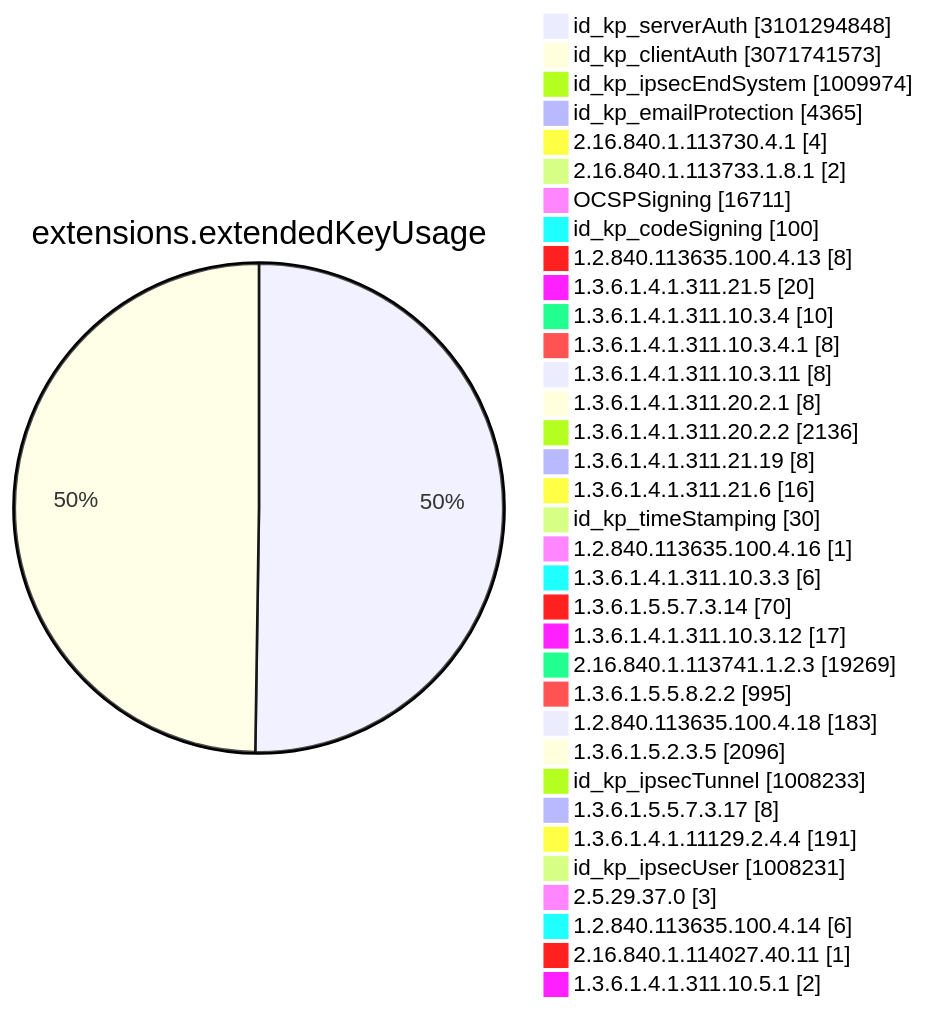
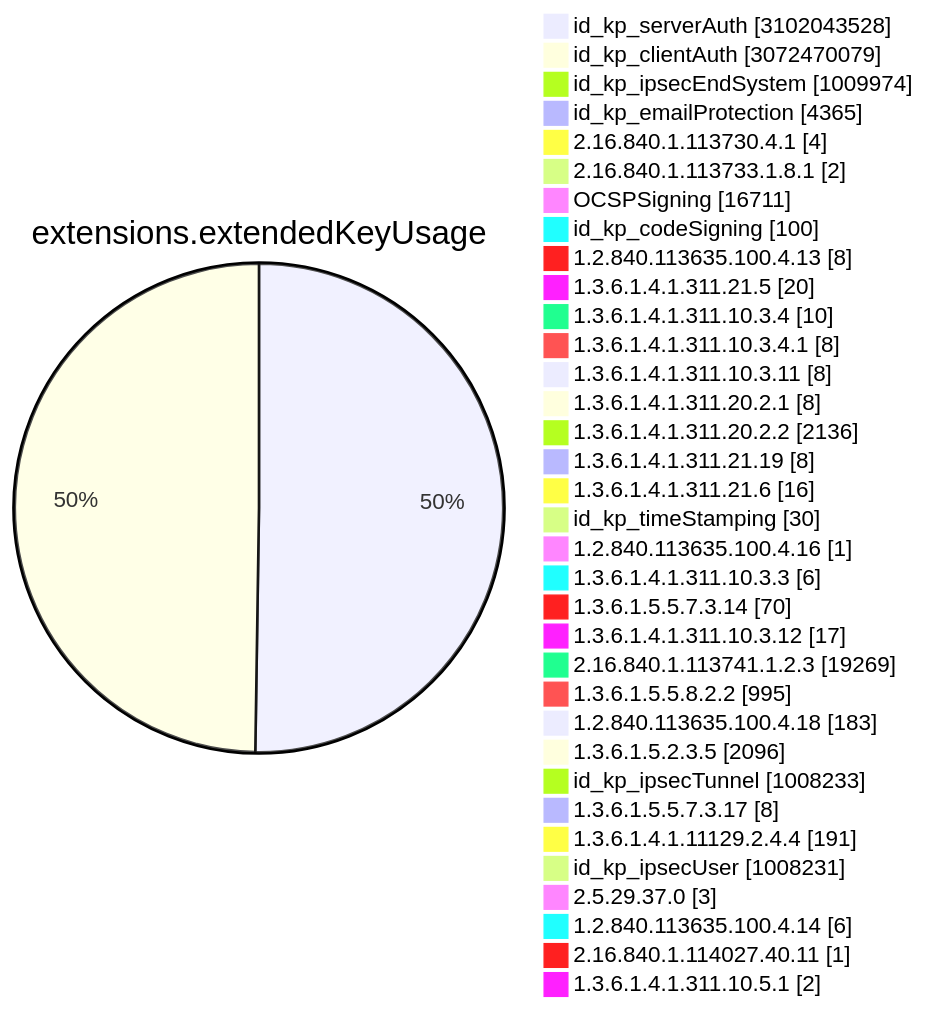
One commit to christiankrug/ctmonitor_visualization changed diagram 11 of 15 in TOTAL/README.md. Above: the diagram before and after it, drawn with Mermaid. The commit also changed other lines of this file, not shown here.

````diff
--- a/TOTAL/README.md
+++ b/TOTAL/README.md
@@ -4117,38 +4117,38 @@
 ```mermaid
 pie showData
 title extensions.extendedKeyUsage
-"id_kp_serverAuth" :3101294848
-"id_kp_clientAuth" :3071741573
+"id_kp_serverAuth" :3102043528
+"id_kp_clientAuth" :3072470079
 "id_kp_ipsecEndSystem" :1009974
 "id_kp_emailProtection" :4365
 "2.16.840.1.113730.4.1" :4
 "2.16.840.1.113733.1.8.1" :2
 "OCSPSigning" :16711
 "id_kp_codeSigning" :100
 "1.2.840.113635.100.4.13" :8
 "1.3.6.1.4.1.311.21.5" :20
 "1.3.6.1.4.1.311.10.3.4" :10
 "1.3.6.1.4.1.311.10.3.4.1" :8
 "1.3.6.1.4.1.311.10.3.11" :8
 "1.3.6.1.4.1.311.20.2.1" :8
 "1.3.6.1.4.1.311.20.2.2" :2136
 "1.3.6.1.4.1.311.21.19" :8
 "1.3.6.1.4.1.311.21.6" :16
 "id_kp_timeStamping" :30
 "1.2.840.113635.100.4.16" :1
 "1.3.6.1.4.1.311.10.3.3" :6
 "1.3.6.1.5.5.7.3.14" :70
 "1.3.6.1.4.1.311.10.3.12" :17
 "2.16.840.1.113741.1.2.3" :19269
 "1.3.6.1.5.5.8.2.2" :995
 "1.2.840.113635.100.4.18" :183
 "1.3.6.1.5.2.3.5" :2096
 "id_kp_ipsecTunnel" :1008233
 "1.3.6.1.5.5.7.3.17" :8
 "1.3.6.1.4.1.11129.2.4.4" :191
 "id_kp_ipsecUser" :1008231
 "2.5.29.37.0" :3
 "1.2.840.113635.100.4.14" :6
 "2.16.840.1.114027.40.11" :1
 "1.3.6.1.4.1.311.10.5.1" :2
 ```
````
